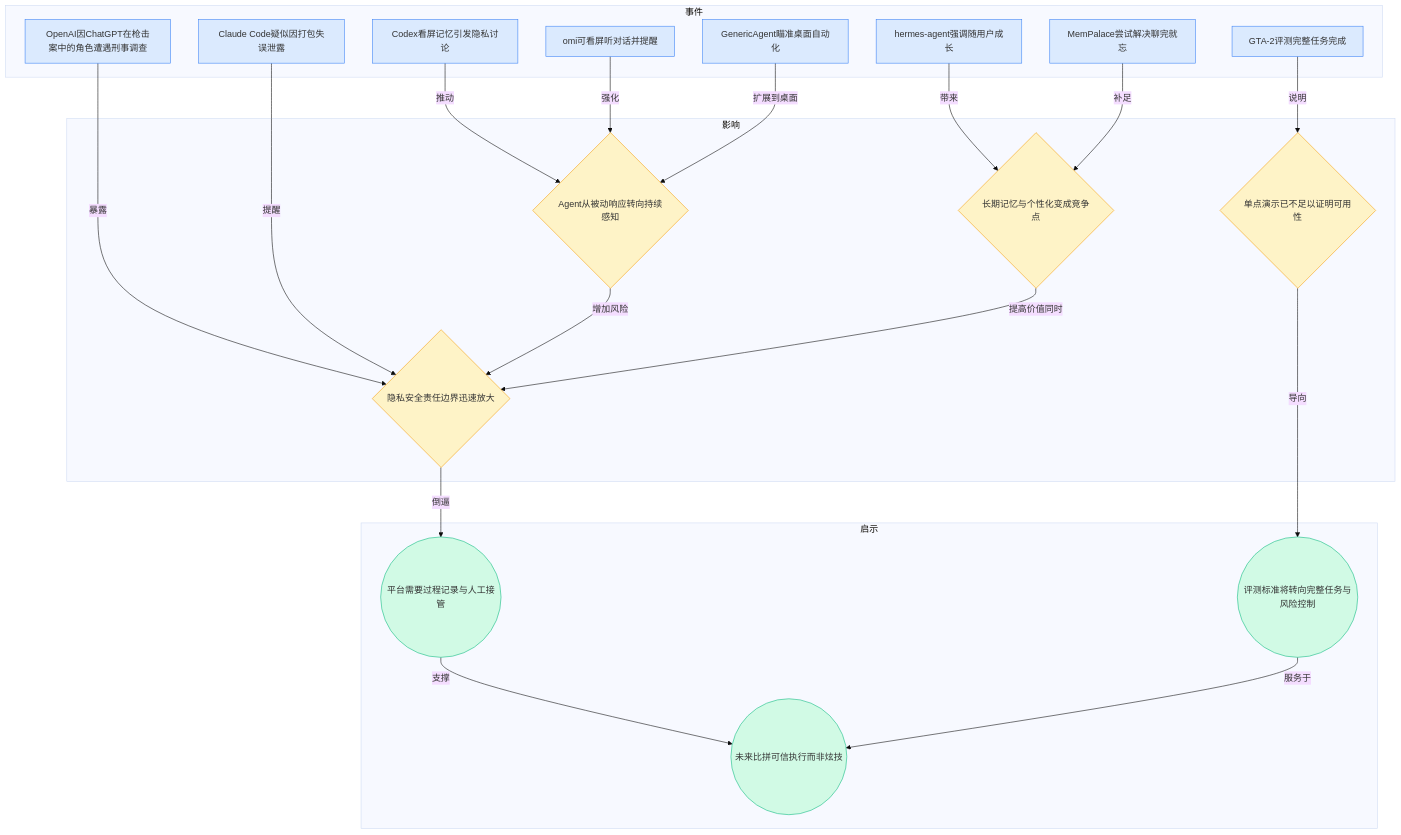
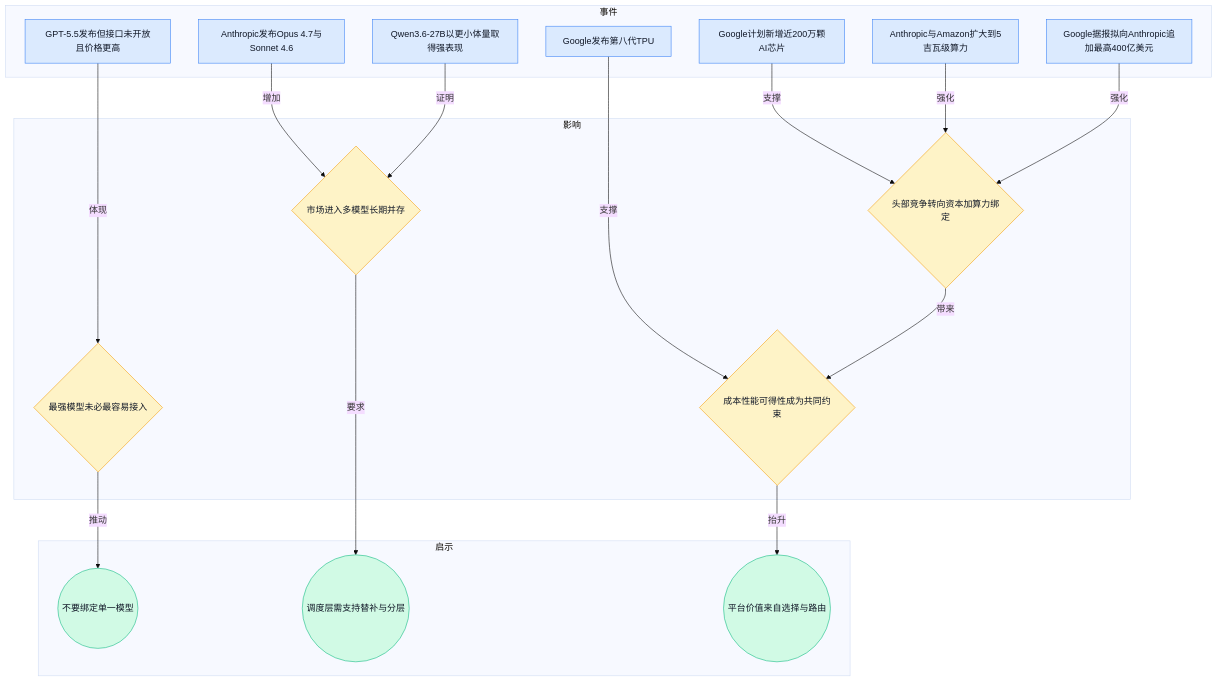
The sixth of 8 diagrams in content/cn/blog/weekly/2026-W17.md (ylzsdafei/ai-daily-site), drawn with Mermaid (base theme) before and after one commit. The commit also changed other lines of this file and 1 other file, not shown here.

````diff
--- a/content/cn/blog/weekly/2026-W17.md
+++ b/content/cn/blog/weekly/2026-W17.md
@@ -161,44 +174,40 @@
 ```mermaid
 graph TD
 subgraph 事件
-A[Codex看屏记忆引发隐私讨论]
-B[omi可看屏听对话并提醒]
-C[GenericAgent瞄准桌面自动化]
-D[hermes-agent强调随用户成长]
-E[MemPalace尝试解决聊完就忘]
-F[GTA-2评测完整任务完成]
-G[OpenAI因ChatGPT在枪击案中的角色遭遇刑事调查]
-H[Claude Code疑似因打包失误泄露]
+A[Google计划新增近200万颗AI芯片]
+B[Anthropic与Amazon扩大到5吉瓦级算力]
+C[Google据报拟向Anthropic追加最高400亿美元]
+D[Google发布第八代TPU]
+E[GPT-5.5发布但接口未开放且价格更高]
+F[Anthropic发布Opus 4.7与Sonnet 4.6]
+G[Qwen3.6-27B以更小体量取得强表现]
 end
 subgraph 影响
-I{Agent从被动响应转向持续感知}
-J{长期记忆与个性化变成竞争点}
-K{隐私安全责任边界迅速放大}
-L{单点演示已不足以证明可用性}
+H{头部竞争转向资本加算力绑定}
+I{最强模型未必最容易接入}
+J{市场进入多模型长期并存}
+K{成本性能可得性成为共同约束}
 end
 subgraph 启示
-M((未来比拼可信执行而非炫技))
-N((平台需要过程记录与人工接管))
-O((评测标准将转向完整任务与风险控制))
+L((不要绑定单一模型))
+M((调度层需支持替补与分层))
+N((平台价值来自选择与路由))
 end
-A -->|推动| I
-B -->|强化| I
-C -->|扩展到桌面| I
-D -->|带来| J
-E -->|补足| J
-G -->|暴露| K
-H -->|提醒| K
-F -->|说明| L
-I -->|增加风险| K
-J -->|提高价值同时| K
-L -->|导向| O
-K -->|倒逼| N
-N -->|支撑| M
-O -->|服务于| M
-classDef blue fill:#dbeafe,stroke:#3b82f6
-classDef yellow fill:#fef3c7,stroke:#f59e0b
-classDef green fill:#d1fae5,stroke:#10b981
-class A,B,C,D,E,F,G,H blue
-class I,J,K,L yellow
-class M,N,O green
+A -->|支撑| H
+B -->|强化| H
+C -->|强化| H
+D -->|支撑| K
+E -->|体现| I
+F -->|增加| J
+G -->|证明| J
+H -->|带来| K
+I -->|推动| L
+J -->|要求| M
+K -->|抬升| N
+classDef blue fill:#dbeafe,stroke:#3b82f6,color:#111827
+classDef yellow fill:#fef3c7,stroke:#f59e0b,color:#111827
+classDef green fill:#d1fae5,stroke:#10b981,color:#111827
+class A,B,C,D,E,F,G blue
+class H,I,J,K yellow
+class L,M,N green
 ```
````
